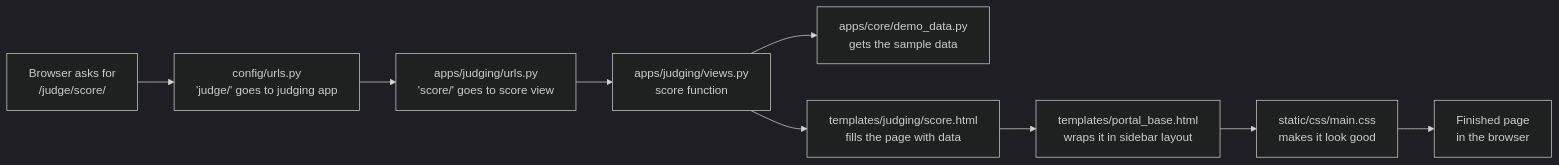
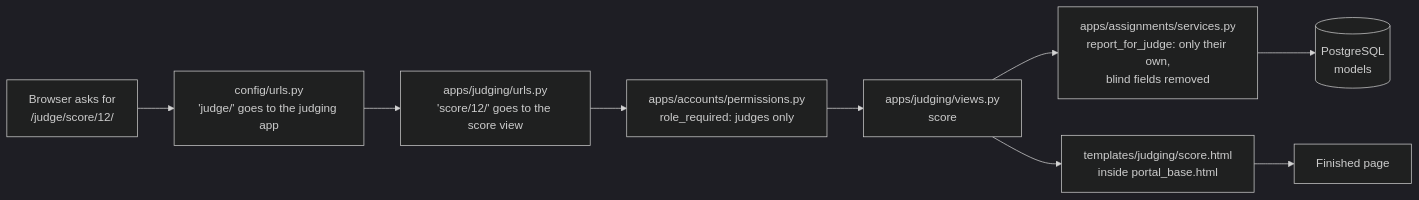
One commit to shashankgusain2-glitch/AwardApplication changed the diagram in docs/Code-Guide.md. Above: the diagram before and after it, drawn with Mermaid (dark theme). The commit also changed other lines of this file and 13 other files, not shown here.

First line of the commit message:
Docs: roadmaps, timeline and role docs match the app

````diff
--- a/docs/Code-Guide.md
+++ b/docs/Code-Guide.md
@@ -11,11 +11,11 @@
 ```mermaid
 flowchart LR
-    B[Browser asks for<br/>/judge/score/] --> U1[config/urls.py<br/>'judge/' goes to judging app]
-    U1 --> U2[apps/judging/urls.py<br/>'score/' goes to score view]
-    U2 --> V[apps/judging/views.py<br/>score function]
-    V --> D[apps/core/demo_data.py<br/>gets the sample data]
-    V --> T[templates/judging/score.html<br/>fills the page with data]
-    T --> L[templates/portal_base.html<br/>wraps it in sidebar layout]
-    L --> S[static/css/main.css<br/>makes it look good]
-    S --> B2[Finished page<br/>in the browser]
+    B[Browser asks for<br/>/judge/score/12/] --> U1[config/urls.py<br/>'judge/' goes to the judging app]
+    U1 --> U2[apps/judging/urls.py<br/>'score/12/' goes to the score view]
+    U2 --> R[apps/accounts/permissions.py<br/>role_required: judges only]
+    R --> V[apps/judging/views.py<br/>score]
+    V --> SV[apps/assignments/services.py<br/>report_for_judge: only their own,<br/>blind fields removed]
+    SV --> M[(PostgreSQL<br/>models)]
+    V --> T[templates/judging/score.html<br/>inside portal_base.html]
+    T --> B2[Finished page]
 ```
````
